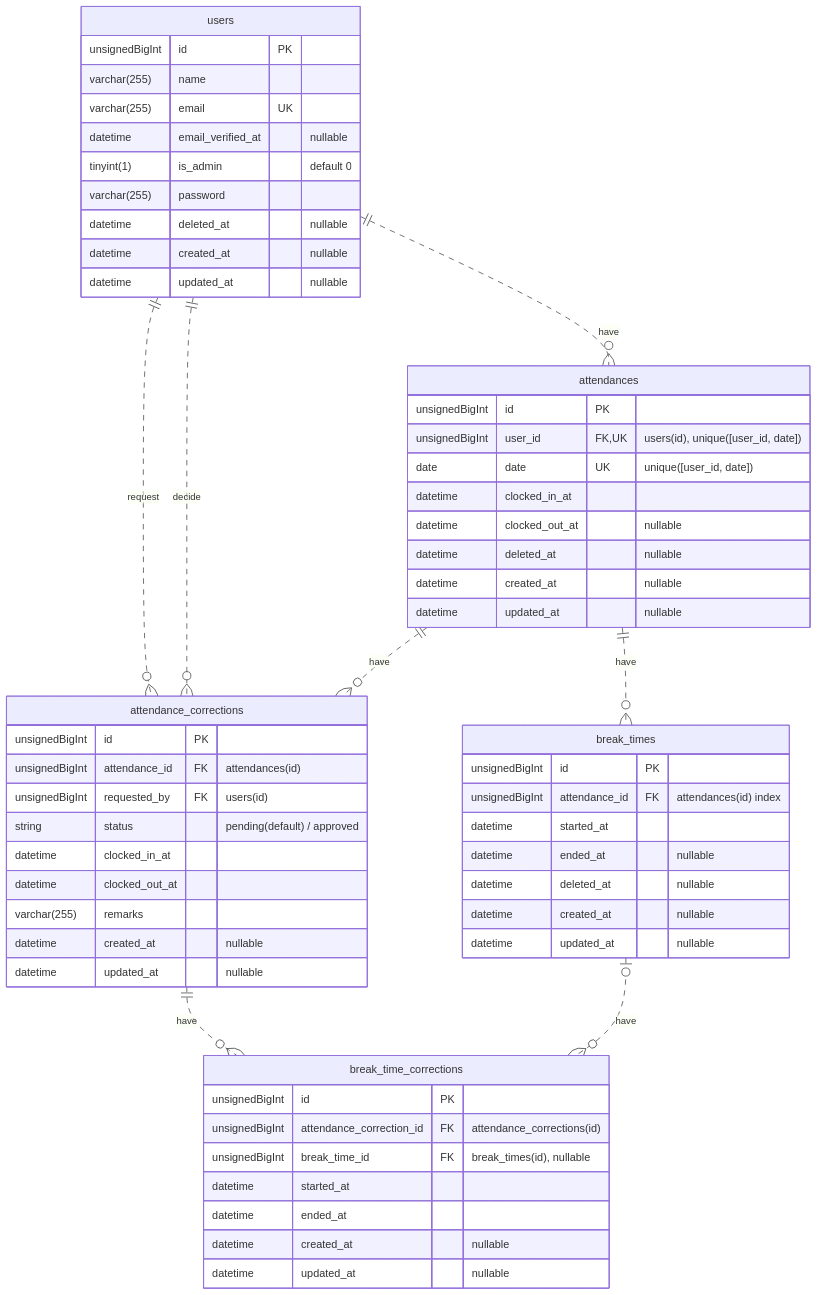
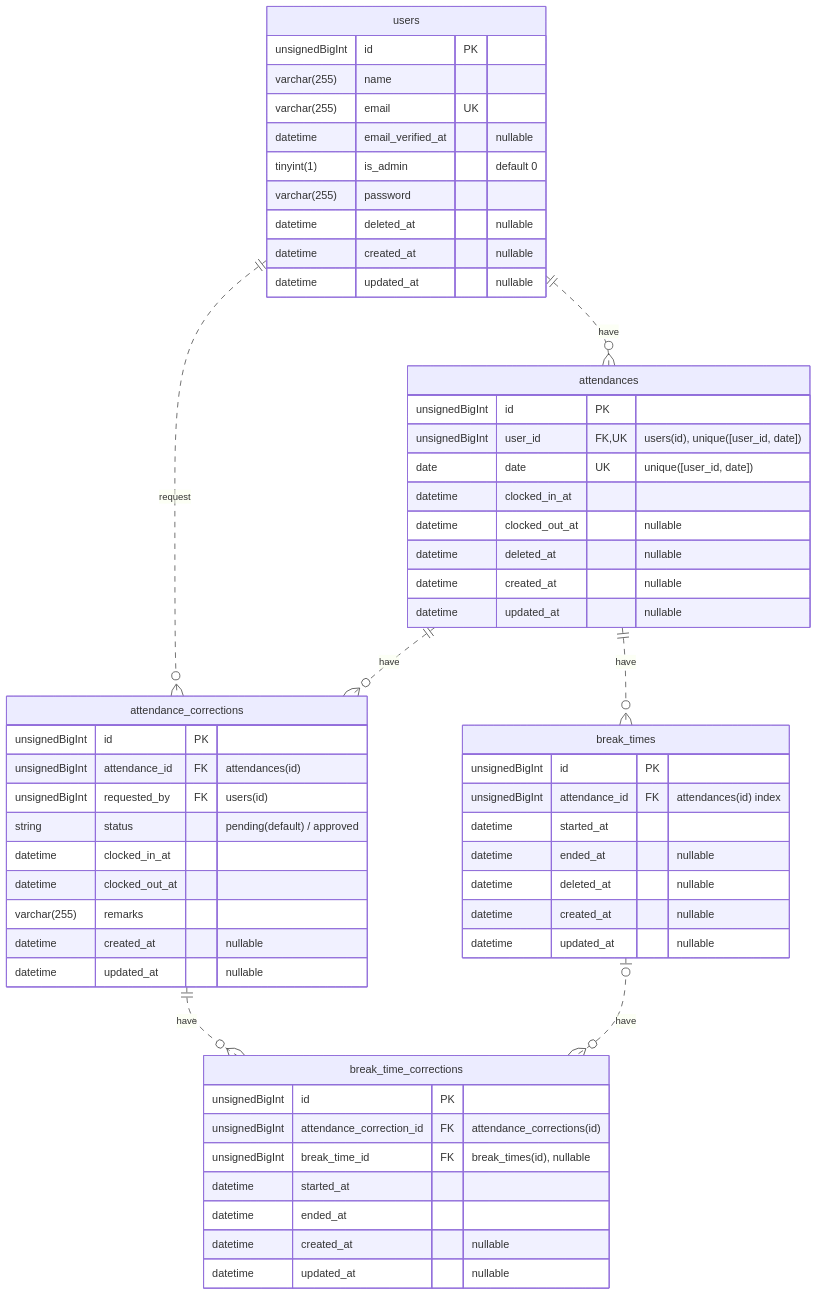
One commit to sangwon-lee302/time-and-attendance changed the diagram in README.md. Above: the diagram before and after it, drawn with Mermaid.

Commit message:
fix: remove unnecessary relationship label in er diagram

````diff
--- a/README.md
+++ b/README.md
@@ -31,65 +31,64 @@
 ```mermaid
 erDiagram
     users ||..o{ attendances: "have"
     users ||..o{ attendance_corrections: "request"
-    users ||..o{ attendance_corrections: "decide"
     attendances ||..o{ break_times: "have"
     attendances ||..o{ attendance_corrections: "have"
     attendance_corrections ||..o{ break_time_corrections: "have"
     break_times |o..o{ break_time_corrections: "have"
 
     users {
         unsignedBigInt id PK
         varchar(255) name
         varchar(255) email UK
         datetime email_verified_at "nullable"
         tinyint(1) is_admin "default 0"
         varchar(255) password
         datetime deleted_at "nullable"
         datetime created_at "nullable"
         datetime updated_at "nullable"
     }
 
     attendances {
         unsignedBigInt id PK
         unsignedBigInt user_id FK, UK "users(id), unique([user_id, date])"
         date date UK "unique([user_id, date])"
         datetime clocked_in_at
         datetime clocked_out_at "nullable"
         datetime deleted_at "nullable"
         datetime created_at "nullable"
         datetime updated_at "nullable"
     }
 
     break_times {
         unsignedBigInt id PK
         unsignedBigInt attendance_id FK "attendances(id) index"
         datetime started_at
         datetime ended_at "nullable"
         datetime deleted_at "nullable"
         datetime created_at "nullable"
         datetime updated_at "nullable"
     }
 
     attendance_corrections {
         unsignedBigInt id PK
         unsignedBigInt attendance_id FK "attendances(id)"
         unsignedBigInt requested_by FK "users(id)"
         string status "pending(default) / approved"
         datetime clocked_in_at
         datetime clocked_out_at
         varchar(255) remarks
         datetime created_at "nullable"
         datetime updated_at "nullable"
     }
 
     break_time_corrections {
         unsignedBigInt id PK
         unsignedBigInt attendance_correction_id FK "attendance_corrections(id)"
         unsignedBigInt break_time_id FK "break_times(id), nullable"
         datetime started_at
         datetime ended_at
         datetime created_at "nullable"
         datetime updated_at "nullable"
     }
 ```
````
